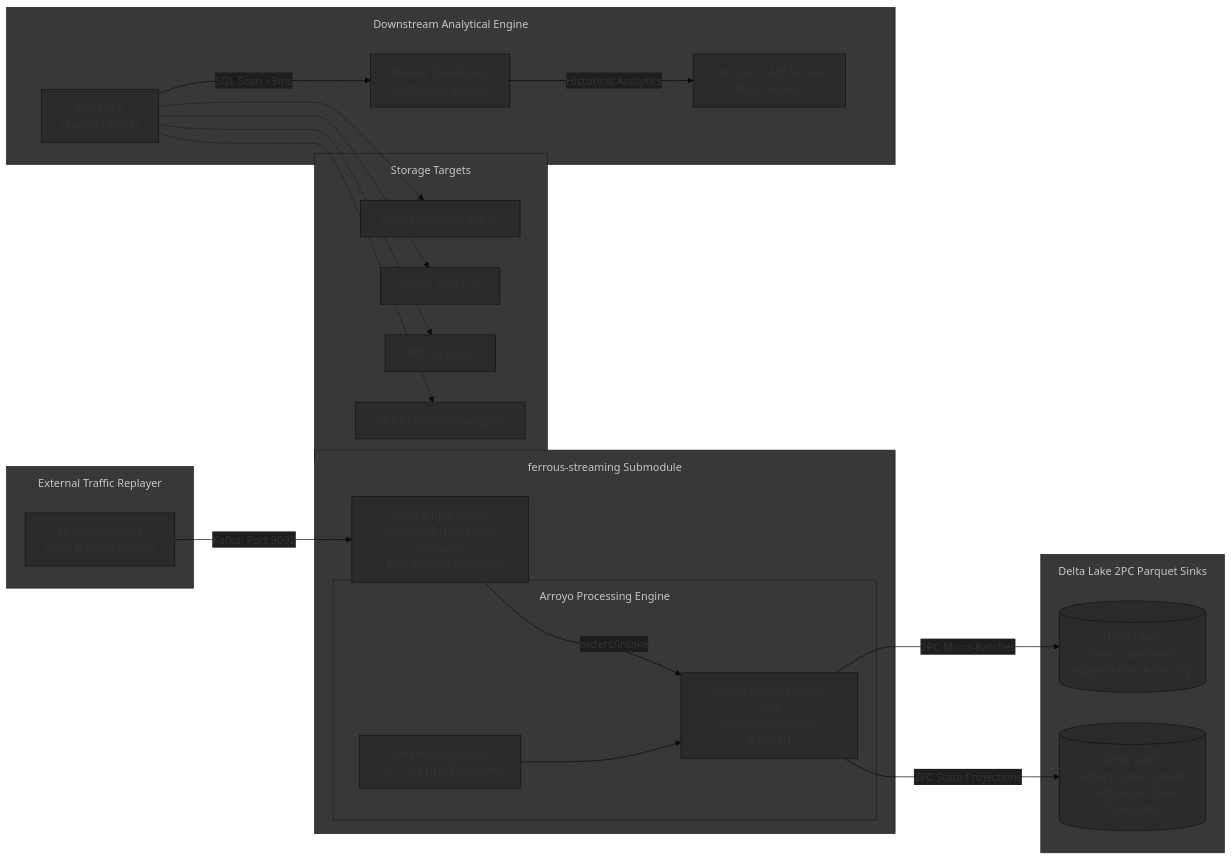
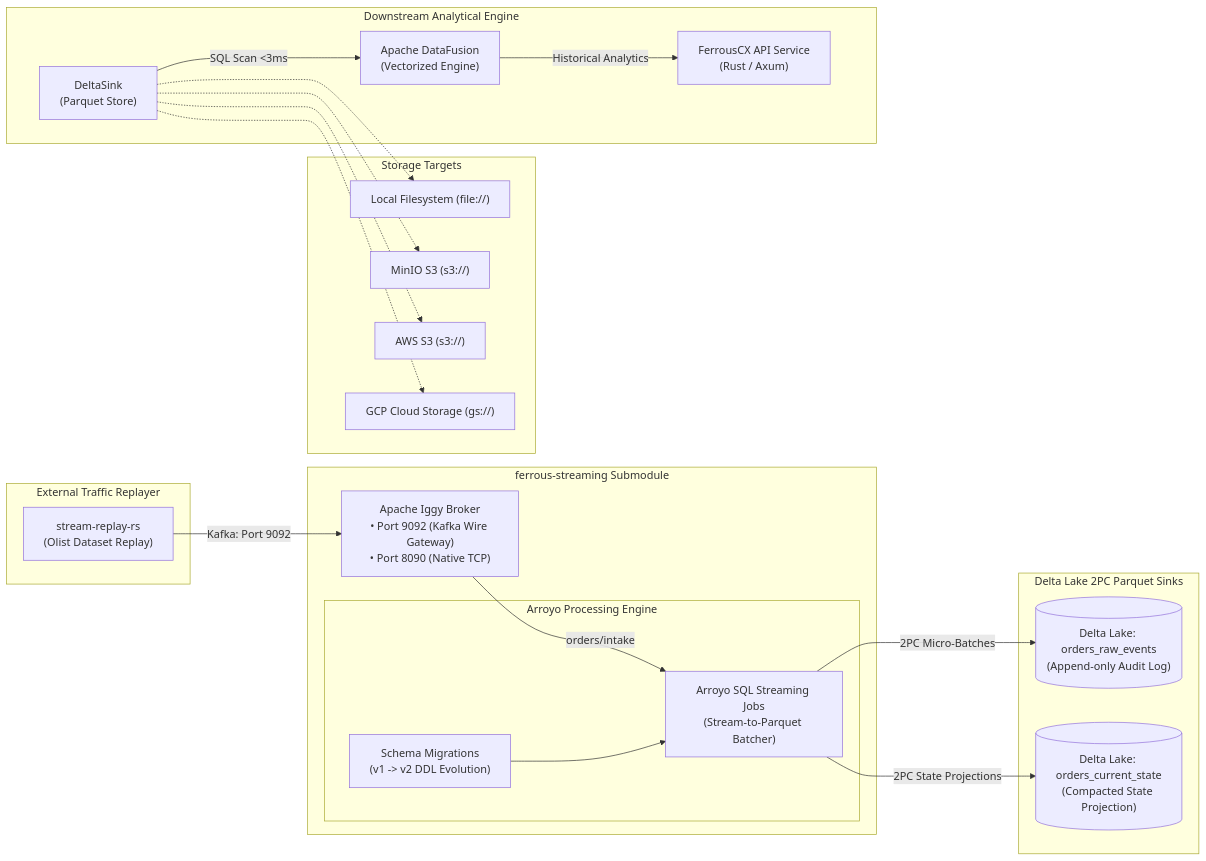
One commit to reidlai/ferrous-streaming changed the diagram in README.md. Above: the diagram before and after it, drawn with Mermaid.

Commit message:
docs(streaming): simplify Mermaid diagram initialization in architecture README

````diff
--- a/README.md
+++ b/README.md
@@ -19,59 +19,47 @@
 ```mermaid
-%%{init: {
-  'theme': 'base',
-  'themeVariables': {
-    'primaryColor': '#2b2b2b',
-    'edgeLabelBackground': '#1e1e1e'
-  },
-  'flowchart': {
-    'subGraphTitleMargin': { 'top': 12, 'bottom': 24 },
-    'nodeSpacing': 45,
-    'rankSpacing': 55
-  }
-}}%%
 flowchart LR
     subgraph Ingestion_Source ["External Traffic Replayer"]
         Replayer["stream-replay-rs<br/>(Olist Dataset Replay)"]
     end
 
     subgraph Streaming_Submodule ["ferrous-streaming Submodule"]
         Iggy["Apache Iggy Broker<br/>• Port 9092 (Kafka Wire Gateway)<br/>• Port 8090 (Native TCP)"]
         
         subgraph Arroyo_Engine ["Arroyo Processing Engine"]
             Migrations["Schema Migrations<br/>(v1 -> v2 DDL Evolution)"]
             SQLPipeline["Arroyo SQL Streaming Jobs<br/>(Stream-to-Parquet Batcher)"]
         end
     end
 
     subgraph Storage ["Delta Lake 2PC Parquet Sinks"]
         DeltaRaw[("Delta Lake: orders_raw_events<br/>(Append-only Audit Log)")]
         DeltaState[("Delta Lake: orders_current_state<br/>(Compacted State Projection)")]
     end
 
     subgraph Storage_Targets ["Storage Targets"]
         Local["Local Filesystem (file://)"]
         MinIO["MinIO S3 (s3://)"]
         AWSS3["AWS S3 (s3://)"]
         GCS["GCP Cloud Storage (gs://)"]
     end
 
     subgraph Downstream_Consumption ["Downstream Analytical Engine"]
         DeltaSink["DeltaSink<br/>(Parquet Store)"]
         DataFusion["Apache DataFusion<br/>(Vectorized Engine)"]
         ApiService["FerrousCX API Service<br/>(Rust / Axum)"]
     end
 
     Replayer -->|Kafka: Port 9092| Iggy
     Iggy -->|orders/intake| SQLPipeline
     Migrations --> SQLPipeline
     SQLPipeline -->|2PC Micro-Batches| DeltaRaw
     SQLPipeline -->|2PC State Projections| DeltaState
 
     DeltaSink -.-> Local
     DeltaSink -.-> MinIO
     DeltaSink -.-> AWSS3
     DeltaSink -.-> GCS
 
     DeltaSink -->|SQL Scan &lt;3ms| DataFusion
     DataFusion -->|Historical Analytics| ApiService
 ```
````
